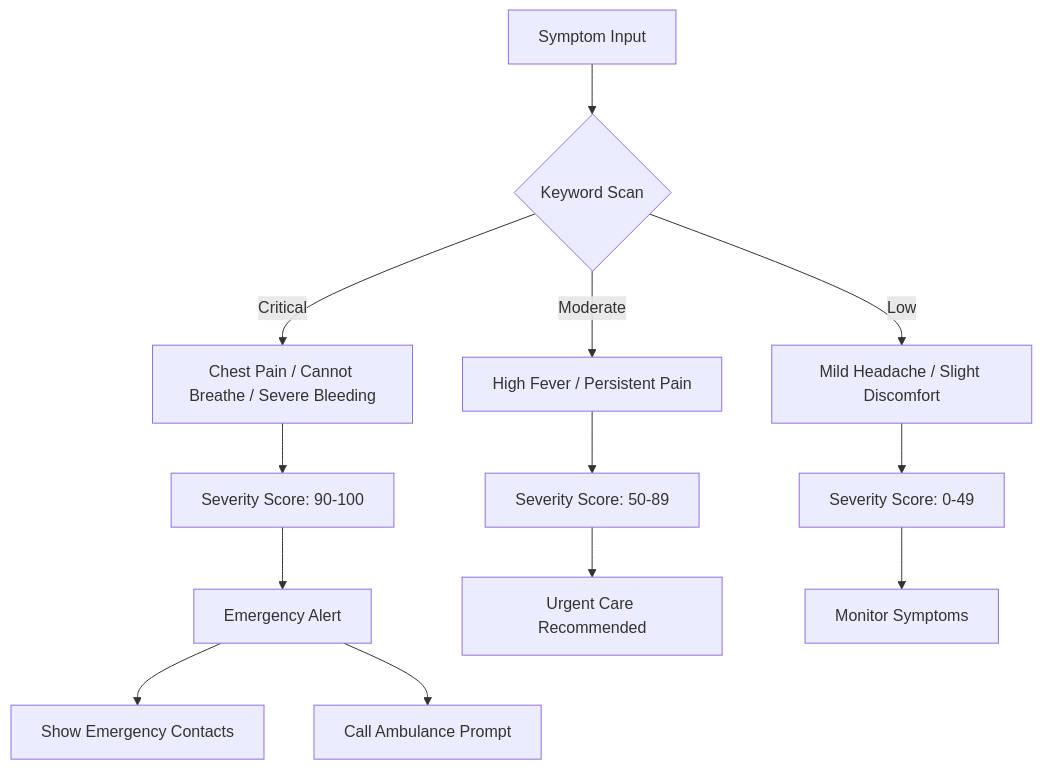
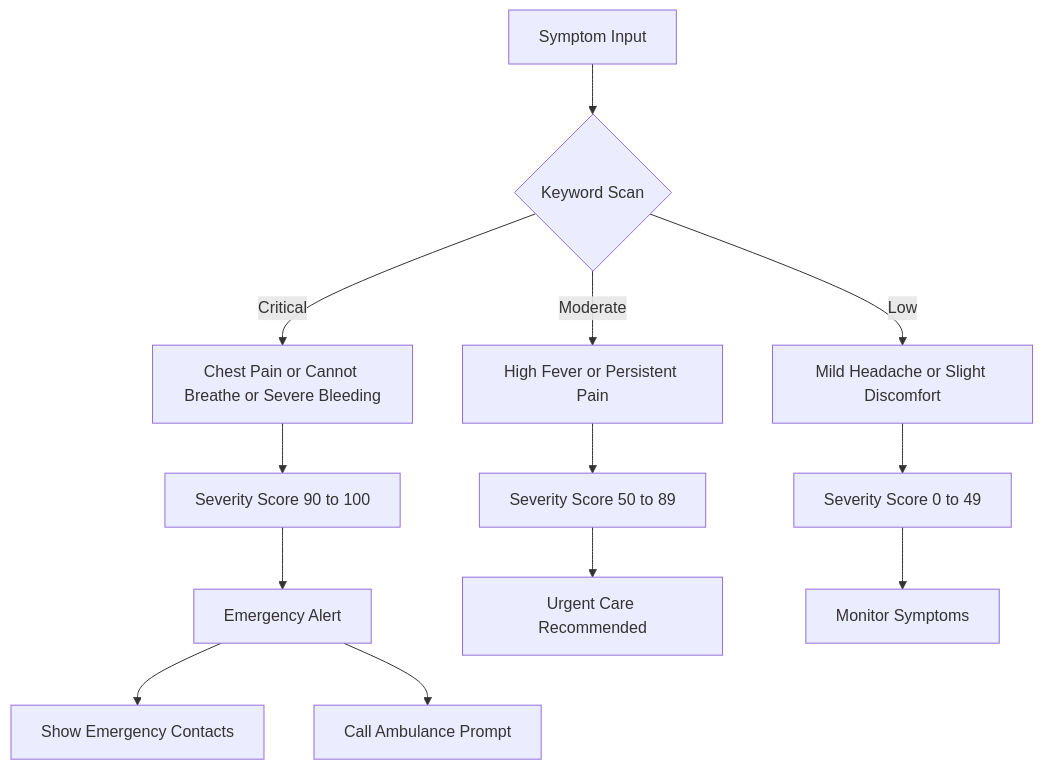
The sixth of 10 diagrams in Architecture.md (muhammaddseemab-dot/mediguide-ai), drawn with Mermaid before and after one commit. The commit also changed other lines of this file, not shown here.

````diff
--- a/Architecture.md
+++ b/Architecture.md
@@ -272,19 +272,19 @@
 ```mermaid
 flowchart TD
     A[Symptom Input] --> B{Keyword Scan}
     
-    B -->|Critical| C[Chest Pain / Cannot Breathe / Severe Bleeding]
-    B -->|Moderate| D[High Fever / Persistent Pain]
-    B -->|Low| E[Mild Headache / Slight Discomfort]
+    B -->|Critical| C[Chest Pain or Cannot Breathe or Severe Bleeding]
+    B -->|Moderate| D[High Fever or Persistent Pain]
+    B -->|Low| E[Mild Headache or Slight Discomfort]
     
-    C --> F[Severity Score: 90-100]
-    D --> G[Severity Score: 50-89]
-    E --> H[Severity Score: 0-49]
+    C --> F[Severity Score 90 to 100]
+    D --> G[Severity Score 50 to 89]
+    E --> H[Severity Score 0 to 49]
     
     F --> I[Emergency Alert]
     G --> J[Urgent Care Recommended]
     H --> K[Monitor Symptoms]
     
     I --> L[Show Emergency Contacts]
     I --> M[Call Ambulance Prompt]
 ```
````
